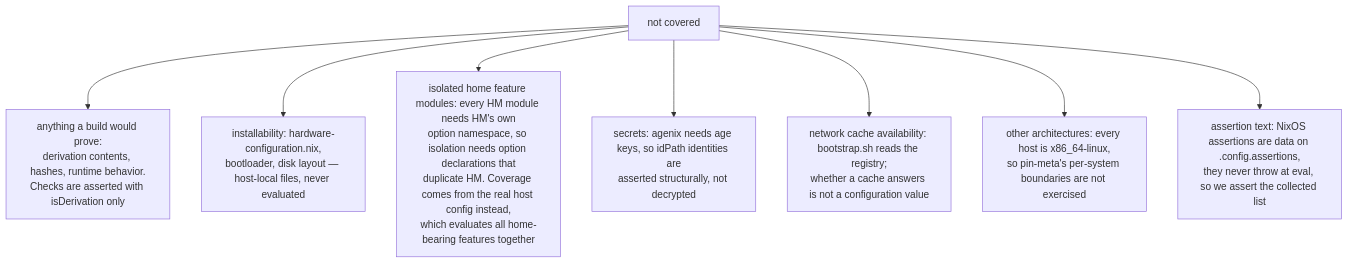
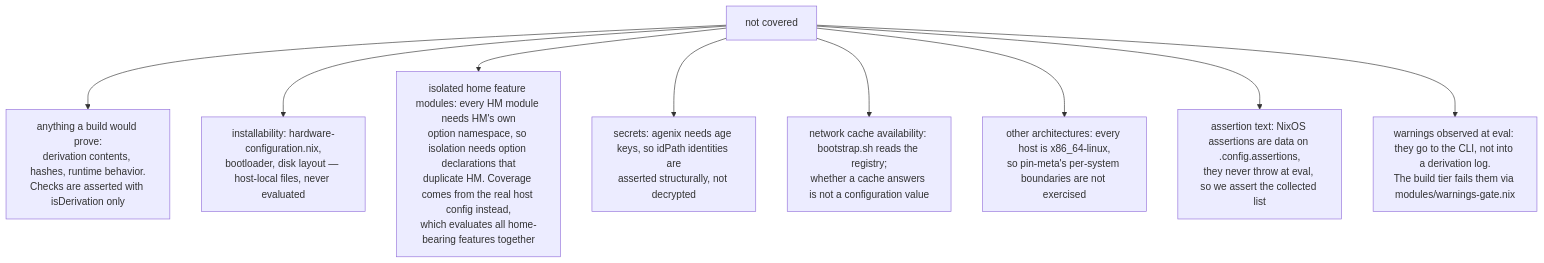
The fifth of 5 diagrams in TEST_DESIGN.md (WombatFromHell/automatic-palm-tree), drawn with Mermaid before and after one commit. The commit also changed other lines of this file and 28 other files, not shown here.

````diff
--- a/TEST_DESIGN.md
+++ b/TEST_DESIGN.md
@@ -110,10 +131,11 @@
 ```mermaid
 flowchart TD
   N["not covered"] --> N1["anything a build would prove:<br/>derivation contents, hashes, runtime behavior.<br/>Checks are asserted with isDerivation only"]
   N --> N2["installability: hardware-configuration.nix,<br/>bootloader, disk layout — host-local files, never evaluated"]
   N --> N3["isolated home feature modules: every HM module needs HM's own<br/>option namespace, so isolation needs option declarations that<br/>duplicate HM. Coverage comes from the real host config instead,<br/>which evaluates all home-bearing features together"]
   N --> N4["secrets: agenix needs age keys, so idPath identities are<br/>asserted structurally, not decrypted"]
   N --> N5["network cache availability: bootstrap.sh reads the registry;<br/>whether a cache answers is not a configuration value"]
   N --> N6["other architectures: every host is x86_64-linux,<br/>so pin-meta's per-system boundaries are not exercised"]
   N --> N7["assertion text: NixOS assertions are data on .config.assertions,<br/>they never throw at eval, so we assert the collected list"]
+  N --> N8["warnings observed at eval: they go to the CLI, not into a derivation log.<br/>The build tier fails them via modules/warnings-gate.nix"]
 ```
````
